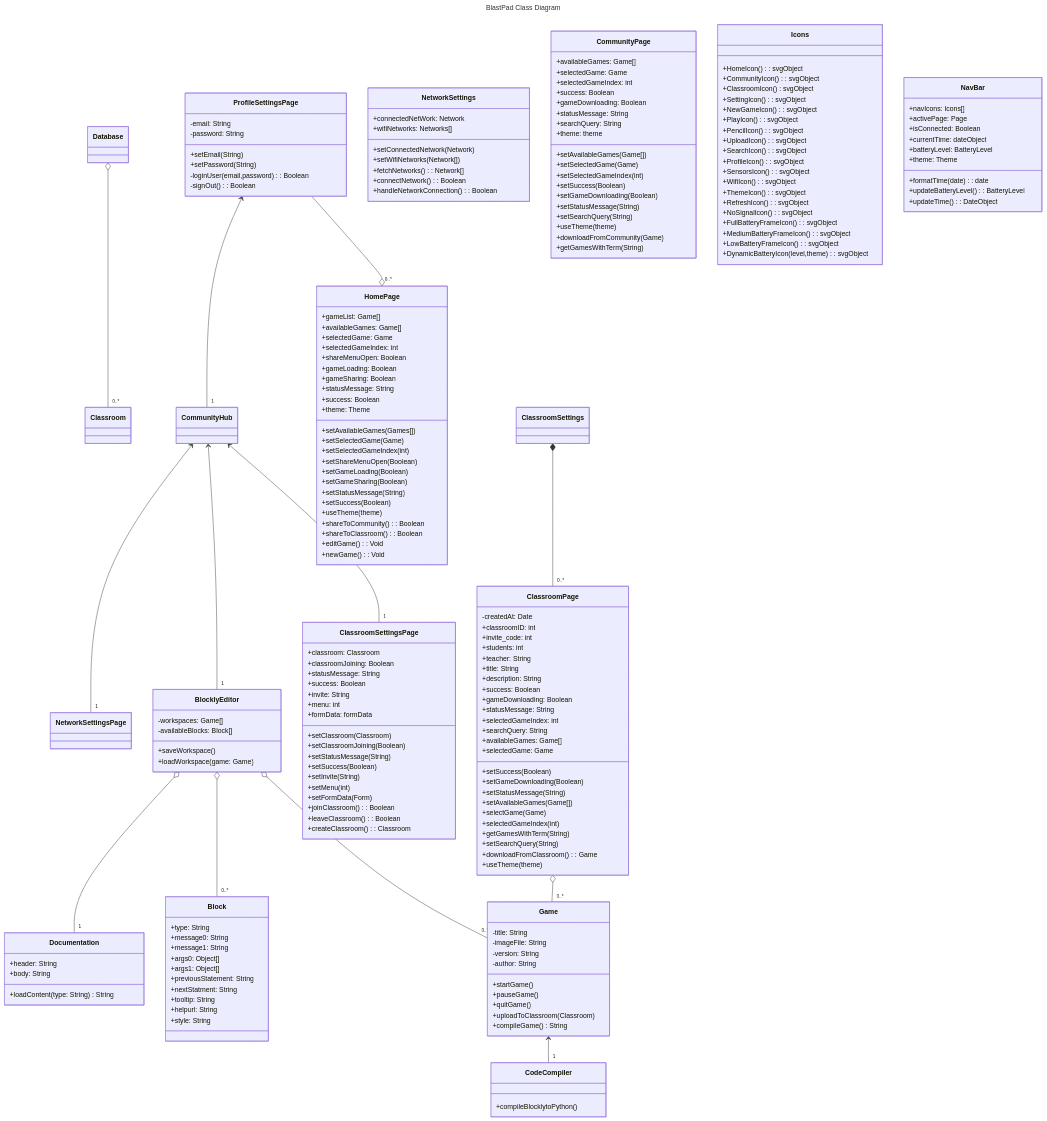
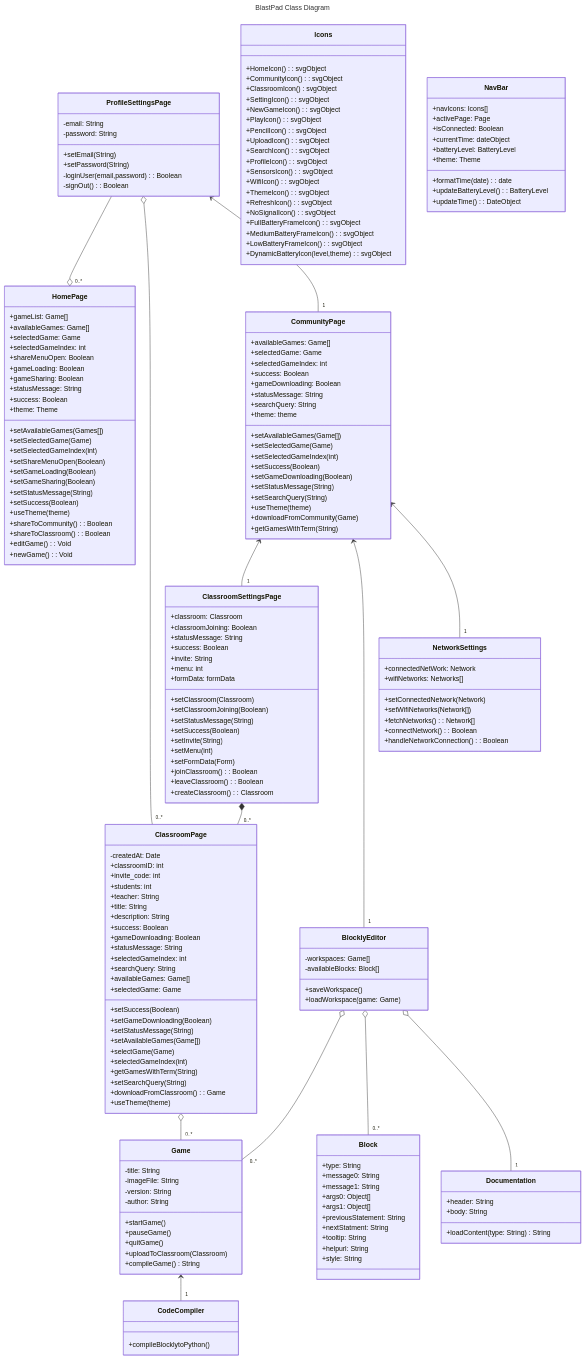
The diagram in documentation/docs/system-architecture/class-diagram.md (Capstone-Projects-2024-Spring/project-blastpad), drawn with Mermaid before and after one commit.

Commit message:
fixed up the connections

```diff
--- a/documentation/docs/system-architecture/class-diagram.md
+++ b/documentation/docs/system-architecture/class-diagram.md
@@ -13,13 +13,13 @@
 	ClassroomPage o-- "0..*" Game
 	ProfileSettingsPage --o "0..*" HomePage
 	BlocklyEditor o-- "0..*" Block
-	Database o-- "0..*" Classroom
+	ProfileSettingsPage o-- "0..*" ClassroomPage
 	BlocklyEditor o-- "1" Documentation
-	CommunityHub <-- "1" ClassroomSettingsPage
-	CommunityHub <-- "1" BlocklyEditor	
-	ClassroomSettings *-- "0..*" ClassroomPage
-	ProfileSettingsPage <-- "1" CommunityHub
-	CommunityHub <-- "1" NetworkSettingsPage	
+	CommunityPage <-- "1" ClassroomSettingsPage
+	CommunityPage <-- "1" BlocklyEditor	
+	ClassroomSettingsPage *-- "0..*" ClassroomPage
+	ProfileSettingsPage <-- "1" CommunityPage
+	CommunityPage <-- "1" NetworkSettings	
 	Game <-- "1" CodeCompiler
 		
     class Game{
```
